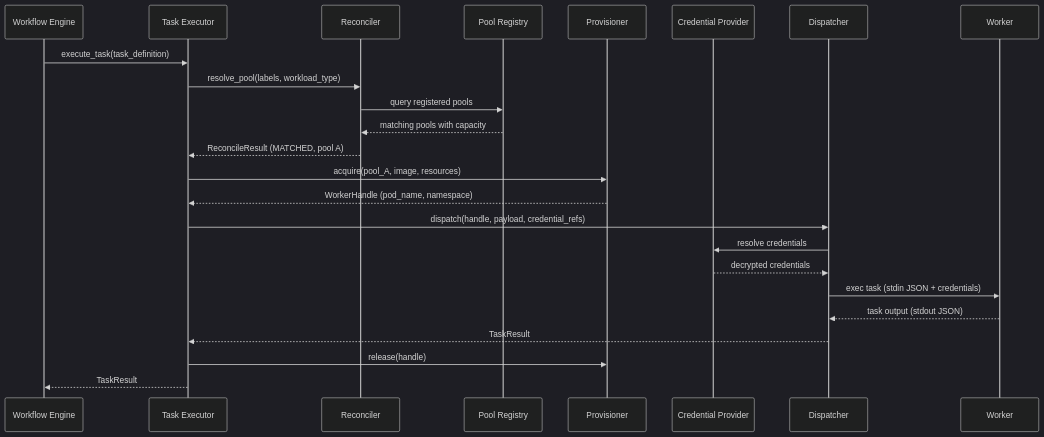
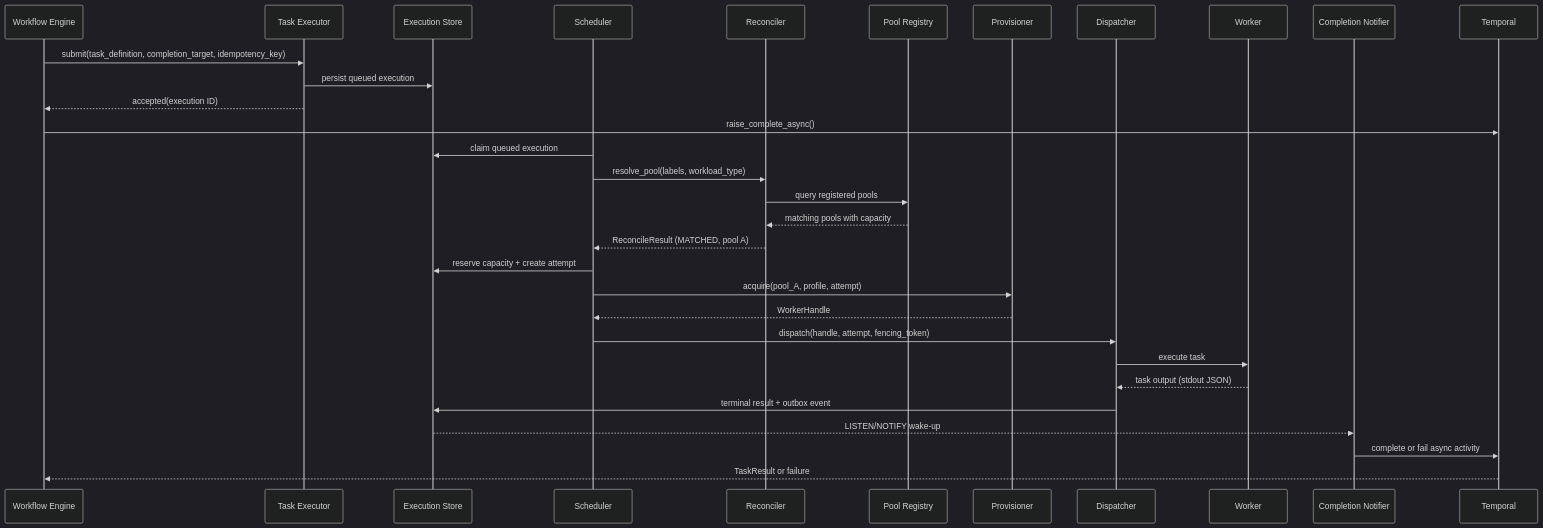
One commit to manstis/syntara changed the ninth of 16 diagrams in backend/docs/execution-plane.md. Above: the diagram before and after it, drawn with Mermaid (dark theme). The commit also changed other lines of this file, not shown here.

````diff
--- a/backend/docs/execution-plane.md
+++ b/backend/docs/execution-plane.md
@@ -488,31 +530,37 @@
 ```mermaid
 sequenceDiagram
     participant WE as Workflow Engine
     participant TE as Task Executor
+    participant ES as Execution Store
+    participant S as Scheduler
     participant R as Reconciler
     participant PR as Pool Registry
     participant P as Provisioner
-    participant CP as Credential Provider
     participant D as Dispatcher
     participant W as Worker
+    participant CN as Completion Notifier
+    participant T as Temporal
 
-    WE->>TE: execute_task(task_definition)
+    WE->>TE: submit(task_definition, completion_target, idempotency_key)
+    TE->>ES: persist queued execution
+    TE-->>WE: accepted(execution ID)
+    WE->>T: raise_complete_async()
 
-    TE->>R: resolve_pool(labels, workload_type)
+    S->>ES: claim queued execution
+    S->>R: resolve_pool(labels, workload_type)
     R->>PR: query registered pools
     PR-->>R: matching pools with capacity
-    R-->>TE: ReconcileResult (MATCHED, pool A)
+    R-->>S: ReconcileResult (MATCHED, pool A)
 
-    TE->>P: acquire(pool_A, image, resources)
-    P-->>TE: WorkerHandle (pod_name, namespace)
+    S->>ES: reserve capacity + create attempt
+    S->>P: acquire(pool_A, profile, attempt)
+    P-->>S: WorkerHandle
 
-    TE->>D: dispatch(handle, payload, credential_refs)
-    D->>CP: resolve credentials
-    CP-->>D: decrypted credentials
-    D->>W: exec task (stdin JSON + credentials)
+    S->>D: dispatch(handle, attempt, fencing_token)
+    D->>W: execute task
     W-->>D: task output (stdout JSON)
-    D-->>TE: TaskResult
-
-    TE->>P: release(handle)
-    TE-->>WE: TaskResult
+    D->>ES: terminal result + outbox event
+    ES-->>CN: LISTEN/NOTIFY wake-up
+    CN->>T: complete or fail async activity
+    T-->>WE: TaskResult or failure
 ```
````
